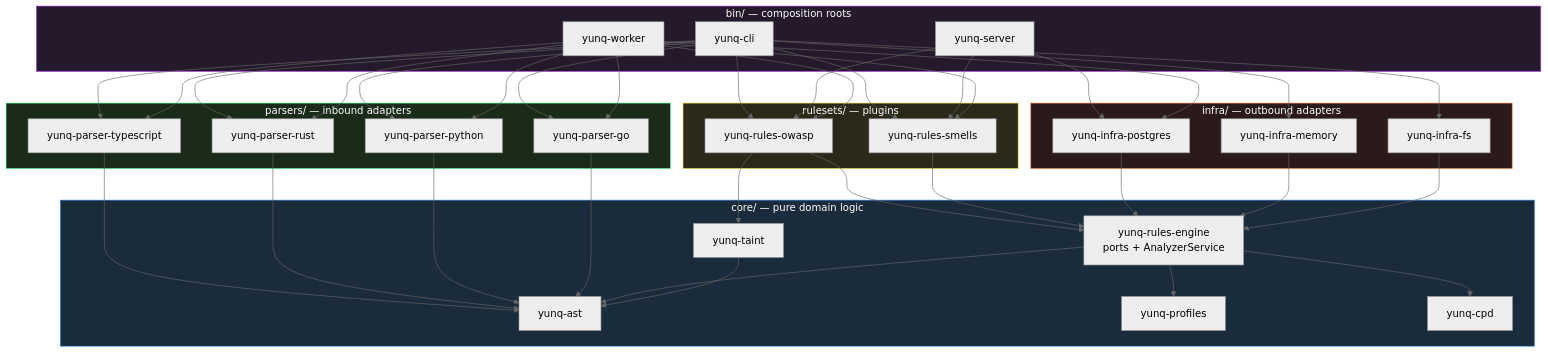
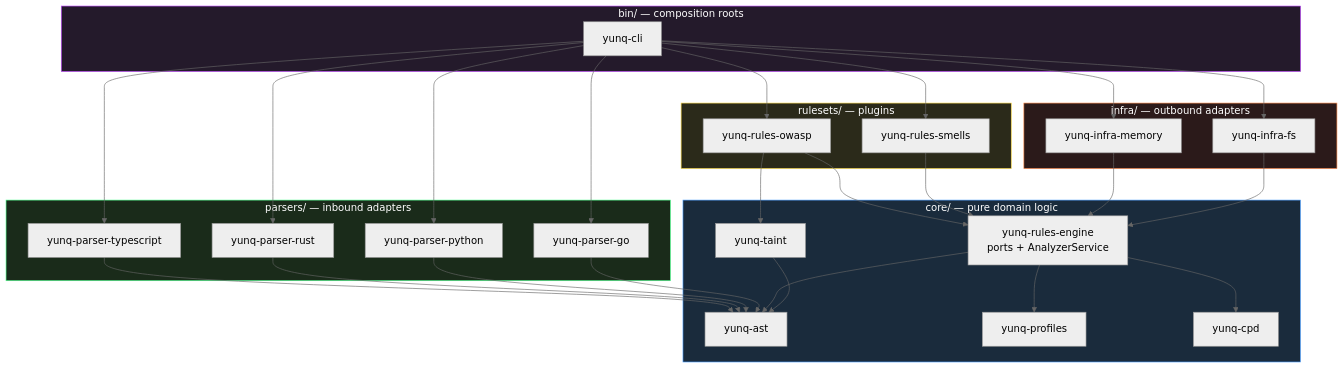
One commit to pmaojo/vord changed the diagram in README.md. Above: the diagram before and after it, drawn with Mermaid (neutral theme). The commit also changed other lines of this file and 144 other files, not shown here.

````diff
--- a/README.md
+++ b/README.md
@@ -41,68 +41,54 @@
 ```mermaid
 graph TD
     subgraph bin["bin/ — composition roots"]
         CLI[yunq-cli]
-        SERVER[yunq-server]
-        WORKER[yunq-worker]
     end
     subgraph parsers["parsers/ — inbound adapters"]
         PTS[yunq-parser-typescript]
         PRS[yunq-parser-rust]
         PPY[yunq-parser-python]
         PGO[yunq-parser-go]
     end
     subgraph rulesets["rulesets/ — plugins"]
         ROW[yunq-rules-owasp]
         RSM[yunq-rules-smells]
     end
     subgraph infra["infra/ — outbound adapters"]
-        IPG[yunq-infra-postgres]
         IMEM[yunq-infra-memory]
         IFS[yunq-infra-fs]
     end
     subgraph core["core/ — pure domain logic"]
         AST[yunq-ast]
         PROF[yunq-profiles]
         ENGINE[yunq-rules-engine<br/>ports + AnalyzerService]
         TAINT[yunq-taint]
         CPD[yunq-cpd]
     end
     CLI --> PTS
     CLI --> PRS
     CLI --> PPY
     CLI --> PGO
     CLI --> ROW
     CLI --> RSM
     CLI --> IMEM
     CLI --> IFS
-    SERVER --> IPG
-    SERVER --> ROW
-    SERVER --> RSM
-    WORKER --> IPG
-    WORKER --> PTS
-    WORKER --> PRS
-    WORKER --> PPY
-    WORKER --> PGO
-    WORKER --> ROW
-    WORKER --> RSM
     PTS --> AST
     PRS --> AST
     PPY --> AST
     PGO --> AST
     ROW --> ENGINE
     ROW --> TAINT
     RSM --> ENGINE
-    IPG --> ENGINE
     IMEM --> ENGINE
     IFS --> ENGINE
     ENGINE --> AST
     ENGINE --> PROF
     ENGINE --> CPD
     TAINT --> AST
 
     style core fill:#1a2b3c,stroke:#4a9eff,color:#fff
     style infra fill:#2b1a1a,stroke:#ff8a4a,color:#fff
     style parsers fill:#1a2b1a,stroke:#4aff8a,color:#fff
     style rulesets fill:#2b2a1a,stroke:#ffdd4a,color:#fff
     style bin fill:#241a2b,stroke:#c04aff,color:#fff
 ```
````
